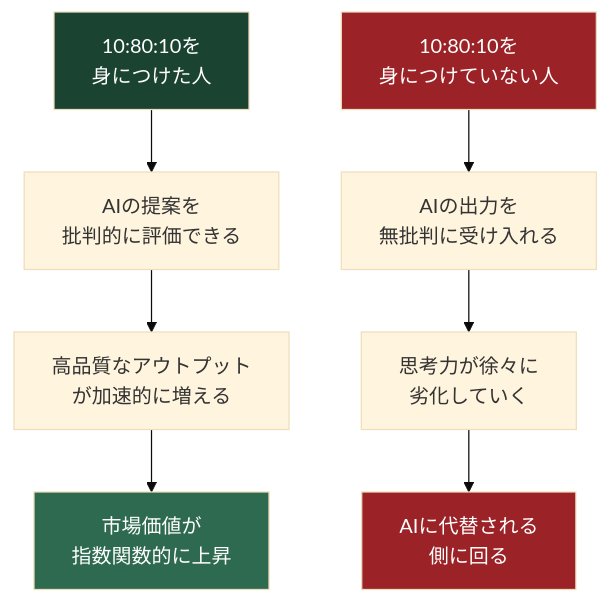
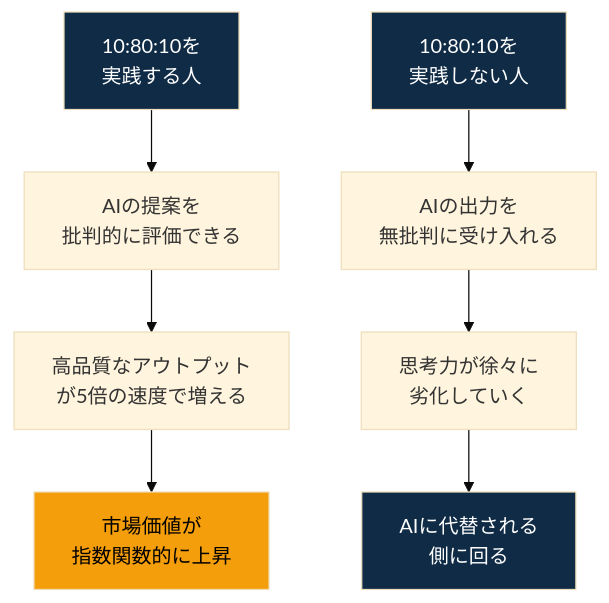
One commit to Leading-AI-IO/the-10-80-10-principle changed the fifth of 7 diagrams in docs/jp/the_10_80_10_principle_JP.md. Above: the diagram before and after it, drawn with Mermaid (base theme). The commit also changed other lines of this file, not shown here.

````diff
--- a/docs/jp/the_10_80_10_principle_JP.md
+++ b/docs/jp/the_10_80_10_principle_JP.md
@@ -633,15 +414,15 @@
 ```mermaid
 graph TD
-    A["10:80:10を<br/>身につけた人"] --> B["AIの提案を<br/>批判的に評価できる"]
-    B --> C["高品質なアウトプット<br/>が加速的に増える"]
+    A["10:80:10を<br/>実践する人"] --> B["AIの提案を<br/>批判的に評価できる"]
+    B --> C["高品質なアウトプット<br/>が5倍の速度で増える"]
     C --> D["市場価値が<br/>指数関数的に上昇"]
 
-    E["10:80:10を<br/>身につけていない人"] --> F["AIの出力を<br/>無批判に受け入れる"]
+    E["10:80:10を<br/>実践しない人"] --> F["AIの出力を<br/>無批判に受け入れる"]
     F --> G["思考力が徐々に<br/>劣化していく"]
     G --> H["AIに代替される<br/>側に回る"]
 
-    style A fill:#1b4332,color:#fff
-    style D fill:#2d6a4f,color:#fff
-    style E fill:#9b2226,color:#fff
-    style H fill:#9b2226,color:#fff
+    style A fill:#0f2b46,color:#fff
+    style D fill:#f59e0b,color:#000
+    style E fill:#0f2b46,color:#fff
+    style H fill:#0f2b46,color:#fff
 ```
````
